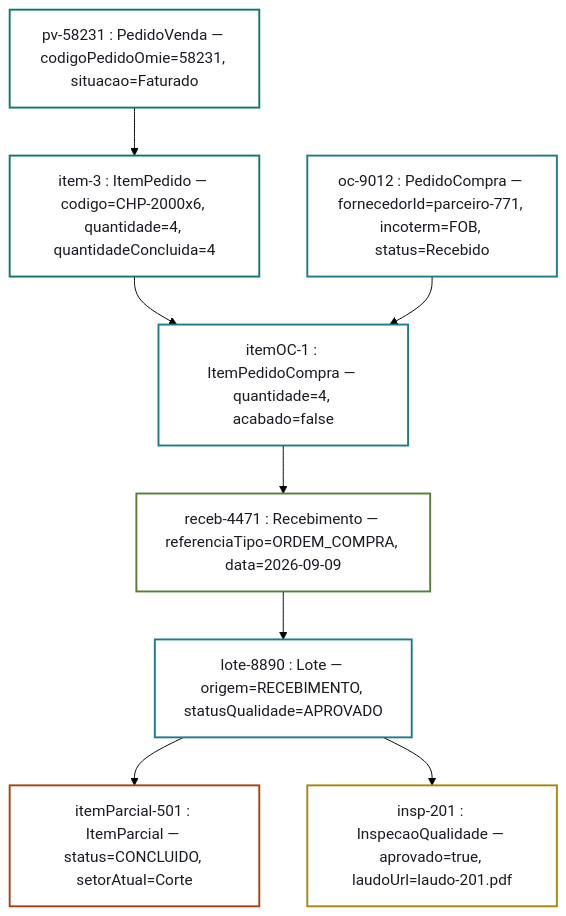
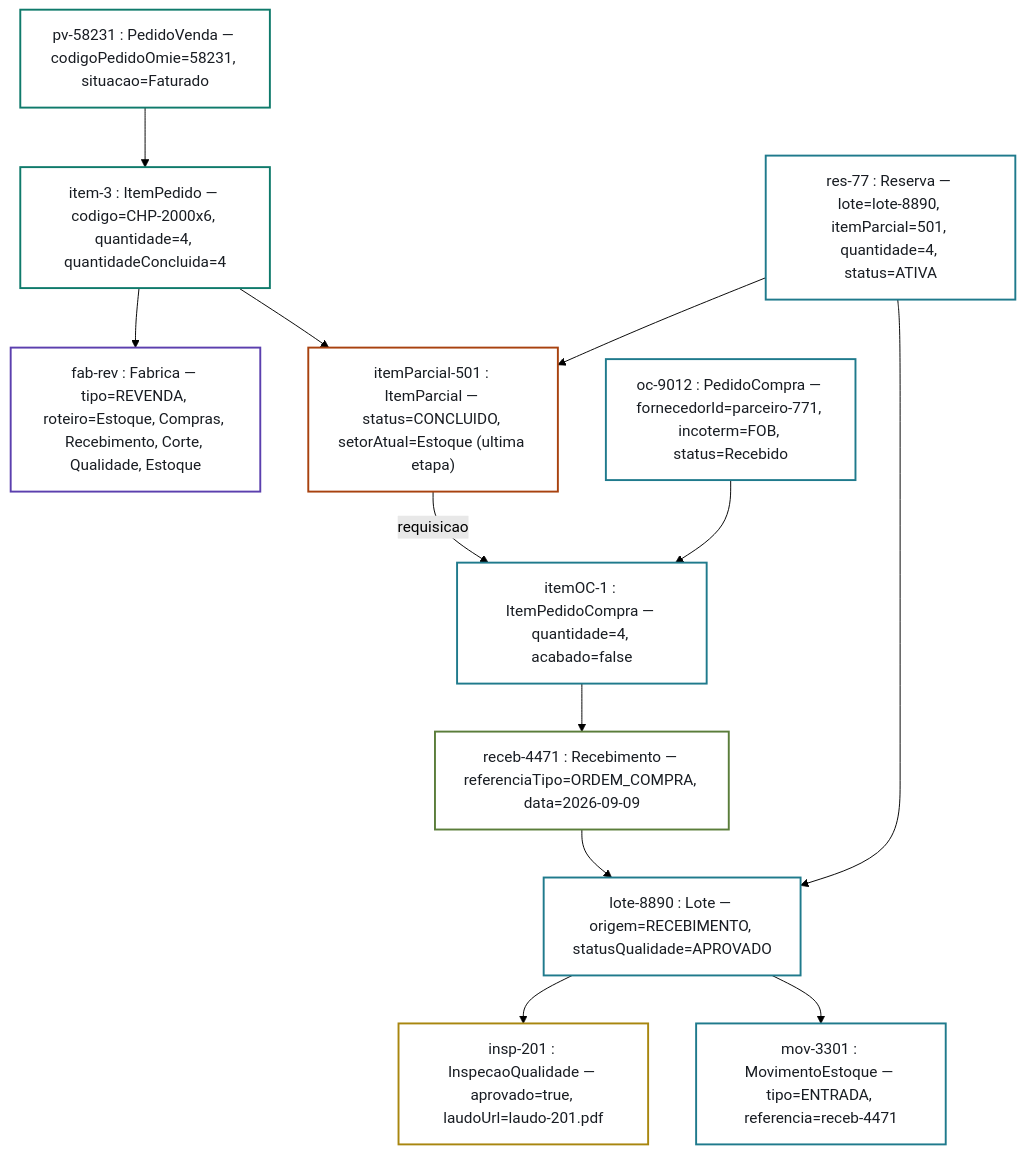
Before and after one commit to Acosvital/vault-avhub-mer: diagram 19 of 28 in 04-Arquitetura-Transversal/Diagramas-UML.md, drawn with Mermaid (forest theme). The commit also changed other lines of this file and 36 other files, not shown here.

First line of the commit message:
Encaixe do Estoque e da Revenda no fluxo do PCP (MES)

````diff
--- a/04-Arquitetura-Transversal/Diagramas-UML.md
+++ b/04-Arquitetura-Transversal/Diagramas-UML.md
@@ -1065,28 +1095,38 @@
 ```mermaid
 flowchart TD
     PV["pv-58231 : PedidoVenda — codigoPedidoOmie=58231, situacao=Faturado"]
     IP["item-3 : ItemPedido — codigo=CHP-2000x6, quantidade=4, quantidadeConcluida=4"]
+    FAB["fab-rev : Fabrica — tipo=REVENDA, roteiro=Estoque, Compras, Recebimento, Corte, Qualidade, Estoque"]
+    IPARC["itemParcial-501 : ItemParcial — status=CONCLUIDO, setorAtual=Estoque (ultima etapa)"]
     PC["oc-9012 : PedidoCompra — fornecedorId=parceiro-771, incoterm=FOB, status=Recebido"]
     IPC["itemOC-1 : ItemPedidoCompra — quantidade=4, acabado=false"]
     REC["receb-4471 : Recebimento — referenciaTipo=ORDEM_COMPRA, data=2026-09-09"]
     LOTE["lote-8890 : Lote — origem=RECEBIMENTO, statusQualidade=APROVADO"]
-    IPARC["itemParcial-501 : ItemParcial — status=CONCLUIDO, setorAtual=Corte"]
     INSP["insp-201 : InspecaoQualidade — aprovado=true, laudoUrl=laudo-201.pdf"]
+    MOV["mov-3301 : MovimentoEstoque — tipo=ENTRADA, referencia=receb-4471"]
+    RES["res-77 : Reserva — lote=lote-8890, itemParcial=501, quantidade=4, status=ATIVA"]
 
     PV --> IP
-    IP --> IPC
+    IP --> FAB
+    IP --> IPARC
+    IPARC -->|requisicao| IPC
     PC --> IPC
     IPC --> REC
     REC --> LOTE
-    LOTE --> IPARC
     LOTE --> INSP
+    LOTE --> MOV
+    RES --> LOTE
+    RES --> IPARC
 
     style PV fill:#ffffff,stroke:#0f7a6b,stroke-width:2px,color:#181c22
     style IP fill:#ffffff,stroke:#0f7a6b,stroke-width:2px,color:#181c22
+    style FAB fill:#ffffff,stroke:#5b3fae,stroke-width:2px,color:#181c22
     style PC fill:#ffffff,stroke:#1f7a8c,stroke-width:2px,color:#181c22
     style IPC fill:#ffffff,stroke:#1f7a8c,stroke-width:2px,color:#181c22
     style REC fill:#ffffff,stroke:#5a7d3a,stroke-width:2px,color:#181c22
     style LOTE fill:#ffffff,stroke:#1f7a8c,stroke-width:2px,color:#181c22
     style IPARC fill:#ffffff,stroke:#a8420f,stroke-width:2px,color:#181c22
     style INSP fill:#ffffff,stroke:#a8860f,stroke-width:2px,color:#181c22
+    style MOV fill:#ffffff,stroke:#1f7a8c,stroke-width:2px,color:#181c22
+    style RES fill:#ffffff,stroke:#1f7a8c,stroke-width:2px,color:#181c22
 ```
````
